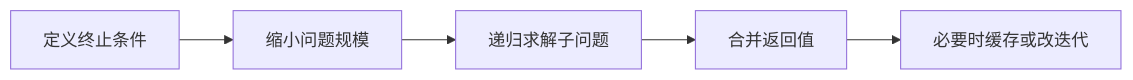
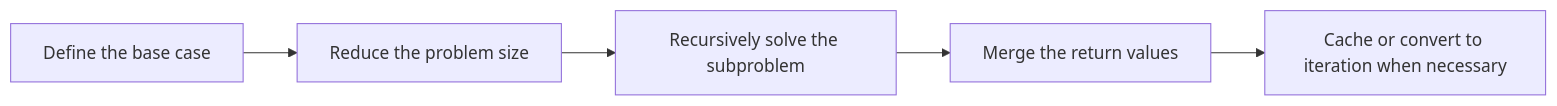
One commit to HONGLEI111/hhlblog-global changed the second of 2 diagrams in src/content/technology/recursion.md. Above: the diagram before and after it, drawn with Mermaid. The commit also changed other lines of this file and 33 other files, not shown here.

First line of the commit message:
content(code): 翻译 mermaid 图节点标签（34 文件 / 267 处）

````diff
--- a/src/content/technology/recursion.md
+++ b/src/content/technology/recursion.md
@@ -208,7 +208,7 @@
 ```mermaid
 graph LR
-    A[定义终止条件] --> B[缩小问题规模]
-    B --> C[递归求解子问题]
-    C --> D[合并返回值]
-    D --> E[必要时缓存或改迭代]
+    A[Define the base case] --> B[Reduce the problem size]
+    B --> C[Recursively solve the subproblem]
+    C --> D[Merge the return values]
+    D --> E[Cache or convert to iteration when necessary]
 ```
````
